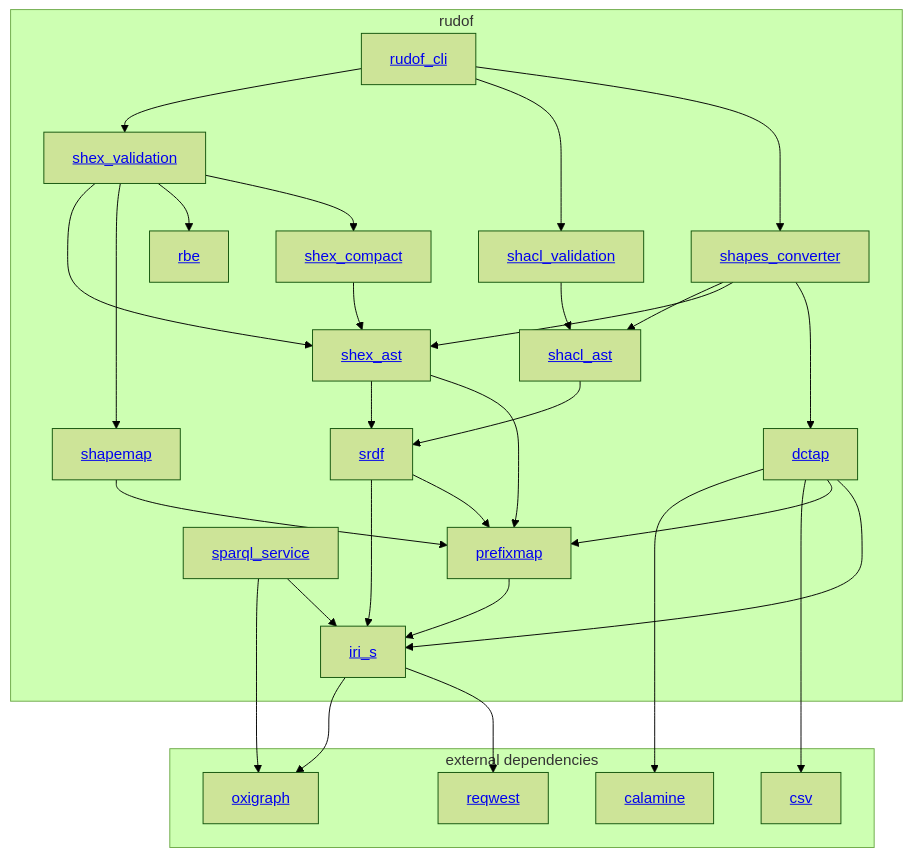
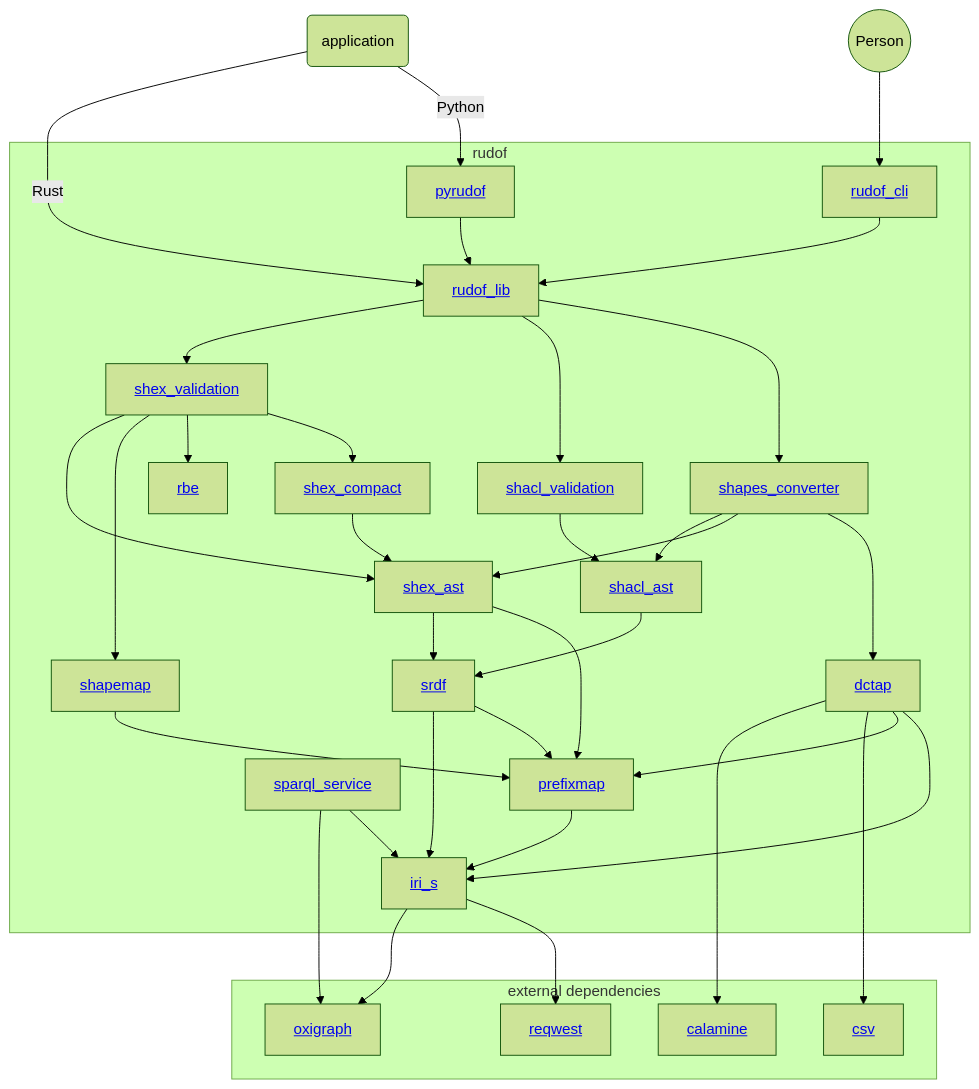
The diagram in docs/src/overview.md (rudof-project/rudof), drawn with Mermaid (forest theme) before and after one commit. The commit also changed 3 other files, not shown here.

````diff
--- a/docs/src/overview.md
+++ b/docs/src/overview.md
@@ -25,52 +25,61 @@
 ```mermaid
 graph TD;
+ user((Person)) --> rudof_cli;
+ application(application);
+ application -->|Rust| rudof_lib ;
+ application --> |Python| pyrudof ;
  iri_s --> oxigraph;
  iri_s --> reqwest ;
  dctap --> calamine ;
  dctap --> csv ;
  sparql_service --> oxigraph ;
 subgraph rudof
+    rudof_lib[<a href='https://crates.io/crates/rudof_lib'>rudof_lib</a>];
     rudof_cli[<a href='https://crates.io/crates/rudof_cli'>rudof_cli</a>];
+    pyrudof[<a href='https://pypi.org/project/pyrudof/'>pyrudof</a>];
     shex_ast[<a href='https://crates.io/crates/shex_ast'>shex_ast</a>];
     srdf[<a href='https://crates.io/crates/srdf'>srdf</a>];
     shex_compact[<a href='https://crates.io/crates/shex_compact'>shex_compact</a>];
     shex_validation[<a href='https://crates.io/crates/shex_validation'>shex_validation</a>];
     shacl_validation[<a href='https://crates.io/crates/shacl_validation'>shacl_validation</a>];
     shacl_ast[<a href='https://crates.io/crates/shacl_ast'>shacl_ast</a>];
     iri_s[<a href='https://crates.io/crates/iri_s'>iri_s</a>];
     prefixmap[<a href='https://crates.io/crates/prefixmap'>prefixmap</a>];
     shapemap[<a href='https://crates.io/crates/shapemap'>shapemap</a>];
     rbe[<a href='https://crates.io/crates/rbe'>rbe</a>];
     shapes_converter[<a href='https://crates.io/crates/shapes_converter'>shapes_converter</a>];
  dctap[<a href='https://crates.io/crates/dctap'>dctap</a>];
  sparql_service[<a href='https://crates.io/crates/sparql_service'>sparql_service</a>];
+
+ pyrudof --> rudof_lib ;
+ rudof_cli --> rudof_lib ;
  shex_ast --> srdf ;
  shex_compact-->shex_ast;
  shex_validation-->shex_ast;
  srdf-->iri_s;
  shacl_ast-->srdf;
  shacl_validation-->shacl_ast;
  shex_validation-->shapemap;
  shapemap-->prefixmap;
  shex_ast-->prefixmap;
  srdf-->prefixmap;
  shex_validation-->rbe;
  dctap-->prefixmap;
  dctap --> iri_s;
  shapes_converter-->shacl_ast;
  shapes_converter-->shex_ast;
  shapes_converter-->dctap;
  prefixmap --> iri_s ;
  shex_validation --> shex_compact
  sparql_service --> iri_s ;
- rudof_cli --> shex_validation ;
- rudof_cli --> shacl_validation ;
- rudof_cli --> shapes_converter ;
+ rudof_lib --> shex_validation ;
+ rudof_lib --> shacl_validation ;
+ rudof_lib --> shapes_converter ;
 end
 subgraph external dependencies
  oxigraph[<a href='https://crates.io/crates/oxigraph'>oxigraph</a>] ;
  calamine[<a href='https://docs.rs/calamine/latest/calamine/'>calamine</a>] ;
  reqwest[<a href='https://docs.rs/reqwest/latest/reqwest/'>reqwest</a>] ;
  csv[<a href='https://docs.rs/csv/latest/csv/'>csv</a>] 
 end
 ```
````
